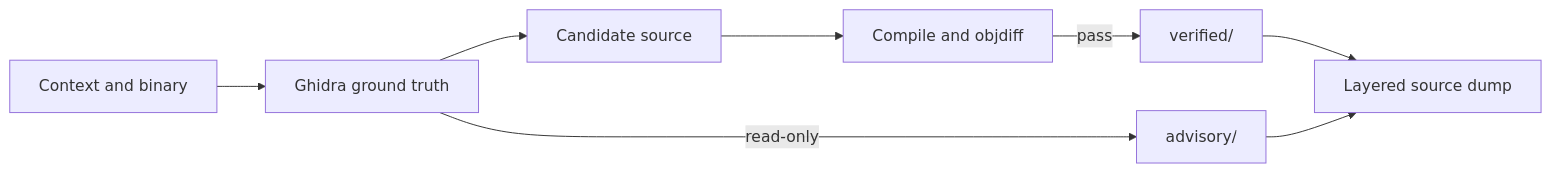
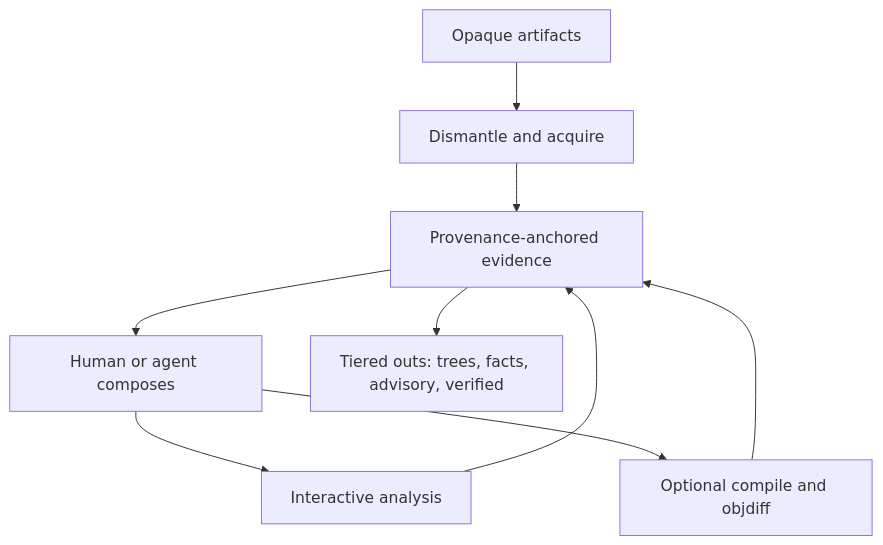
The diagram in STRATEGY.md (bolabaden/AgentDecompile), drawn with Mermaid before and after one commit. The commit also changed other lines of this file and 11 other files, not shown here.

````diff
--- a/STRATEGY.md
+++ b/STRATEGY.md
@@ -19,10 +20,11 @@
 ```mermaid
-flowchart LR
-  ctx[Context and binary] --> ghidra[Ghidra ground truth]
-  ghidra --> cand[Candidate source]
-  cand --> gate[Compile and objdiff]
-  gate -->|pass| verified[verified/]
-  ghidra -->|read-only| advisory[advisory/]
-  verified --> dump[Layered source dump]
-  advisory --> dump
+flowchart TD
+  raw[Opaque artifacts] --> dismantle[Dismantle and acquire]
+  dismantle --> evidence[Provenance-anchored evidence]
+  evidence --> agent[Human or agent composes]
+  agent --> analysis[Interactive analysis]
+  agent --> verify[Optional compile and objdiff]
+  analysis --> evidence
+  verify --> evidence
+  evidence --> outs[Tiered outs: trees, facts, advisory, verified]
 ```
````
